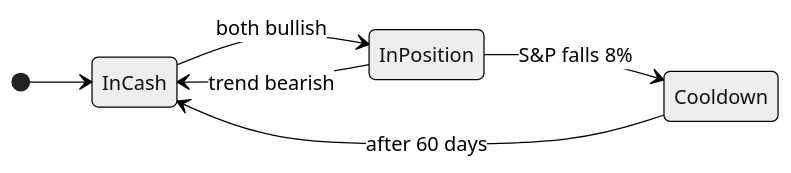
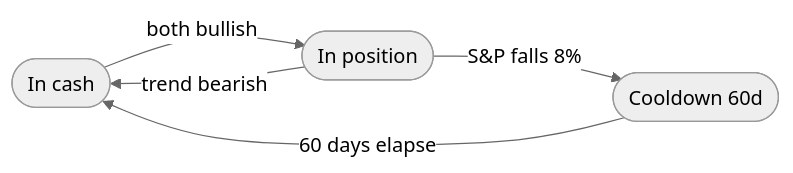
The diagram in README.md (jerry0815/trade_bot), drawn with Mermaid (neutral theme) before and after one commit.

Commit message:
docs: swap trailing-stop diagram to flowchart LR for cleaner label placement

````diff
--- a/README.md
+++ b/README.md
@@ -39,9 +39,7 @@
 ```mermaid
-stateDiagram-v2
-    direction LR
-    [*] --> InCash
-    InCash --> InPosition: both bullish
-    InPosition --> Cooldown: S&P falls 8%
-    InPosition --> InCash: trend bearish
-    Cooldown --> InCash: after 60 days
+flowchart LR
+    Cash([In cash]) -->|both bullish| Pos([In position])
+    Pos -->|S&P falls 8%| Cool([Cooldown 60d])
+    Pos -->|trend bearish| Cash
+    Cool -->|60 days elapse| Cash
 ```
````
